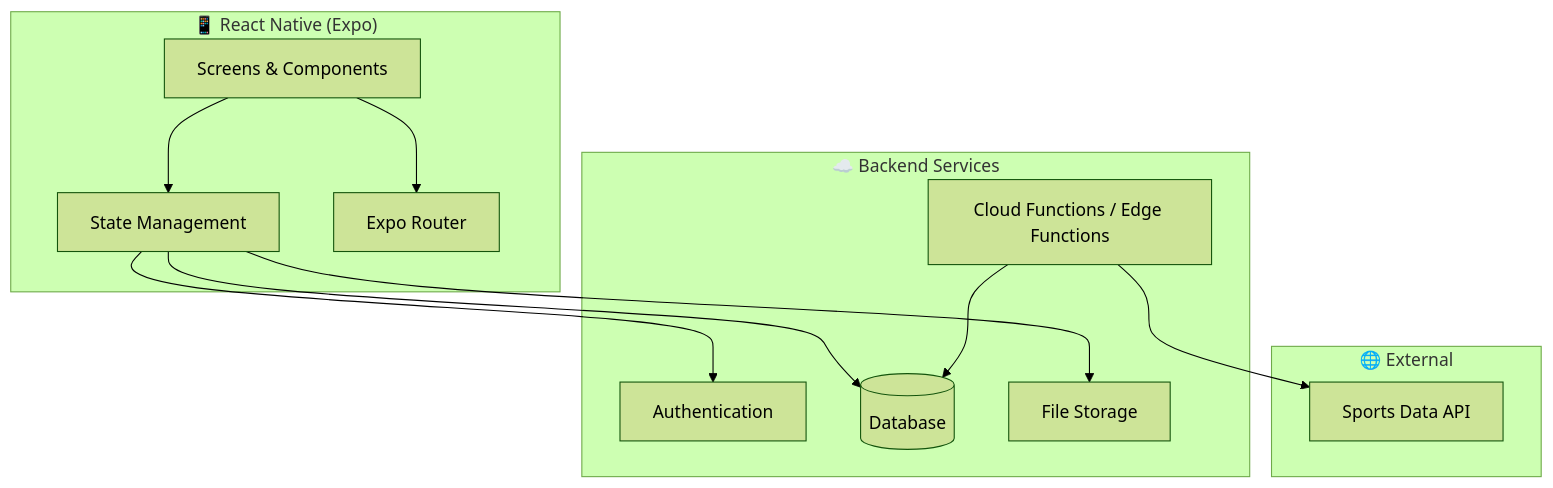
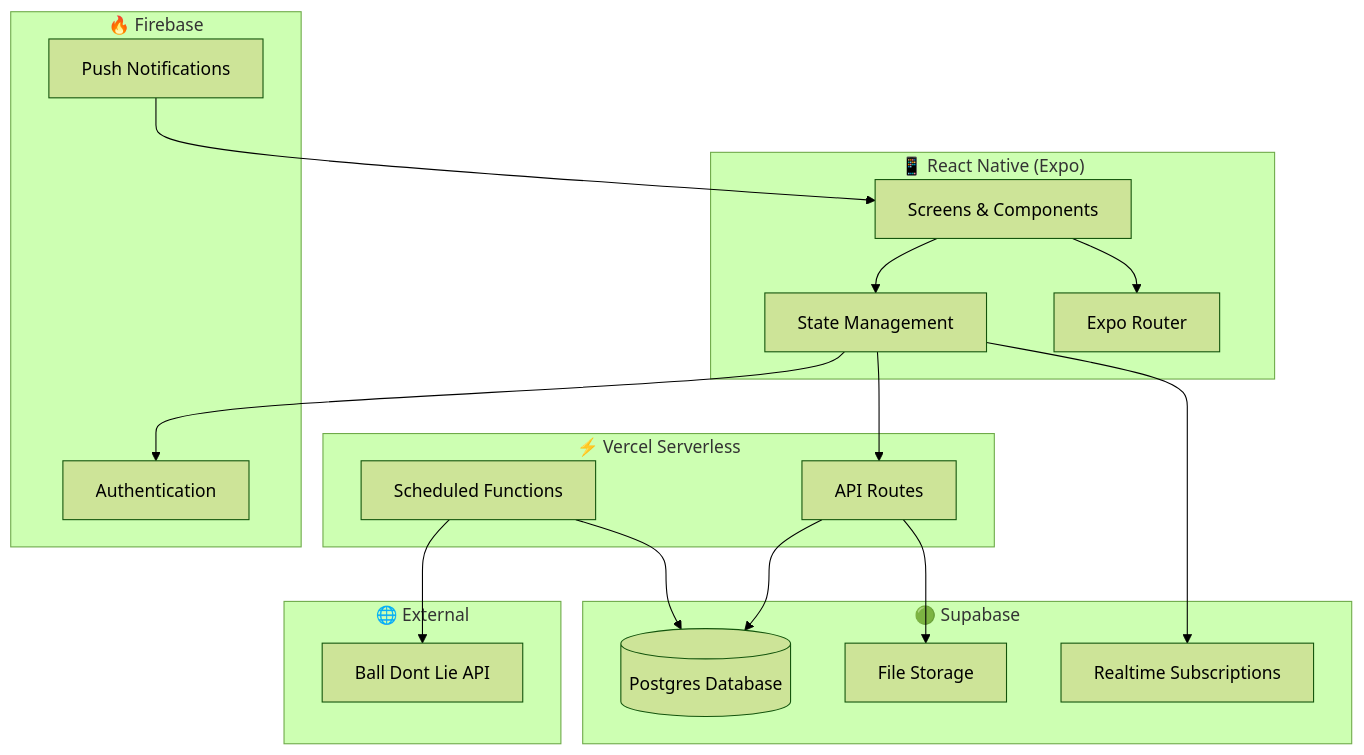
The diagram in docs/TECH_STACK.md (jonahr4/LogIt), drawn with Mermaid (forest theme) before and after one commit. The commit also changed other lines of this file and 8 other files, not shown here.

````diff
--- a/docs/TECH_STACK.md
+++ b/docs/TECH_STACK.md
@@ -25,27 +34,39 @@
 ```mermaid
 graph TB
     subgraph Client["📱 React Native (Expo)"]
         UI[Screens & Components]
         State[State Management]
         Nav[Expo Router]
     end
 
-    subgraph Backend["☁️ Backend Services"]
+    subgraph Vercel["⚡ Vercel Serverless"]
+        API[API Routes]
+        Cron[Scheduled Functions]
+    end
+
+    subgraph Supabase["🟢 Supabase"]
+        DB[(Postgres Database)]
+        Storage[File Storage]
+        Realtime[Realtime Subscriptions]
+    end
+
+    subgraph Firebase["🔥 Firebase"]
         Auth[Authentication]
-        DB[(Database)]
-        Storage[File Storage]
-        Functions[Cloud Functions / Edge Functions]
+        Push[Push Notifications]
     end
 
     subgraph External["🌐 External"]
-        SportsAPI[Sports Data API]
+        SportsAPI[Ball Dont Lie API]
     end
 
     UI --> State
     UI --> Nav
+    State --> API
     State --> Auth
-    State --> DB
-    State --> Storage
-    Functions --> SportsAPI
-    Functions --> DB
+    State --> Realtime
+    API --> DB
+    API --> Storage
+    Cron --> SportsAPI
+    Cron --> DB
+    Push --> UI
 ```
````
